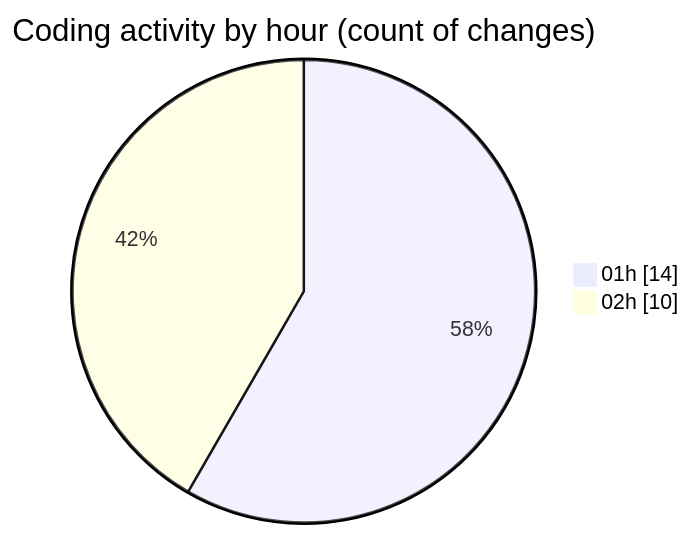
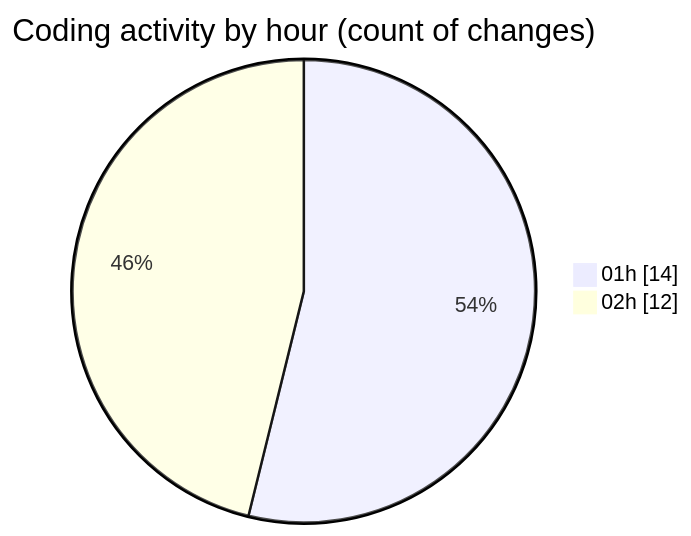
The second of 2 diagrams in 2025-07-13/telebot/README.md (jrari/code-tracking), drawn with Mermaid before and after one commit. The commit also changed other lines of this file and 1 other file, not shown here.

````diff
--- a/2025-07-13/telebot/README.md
+++ b/2025-07-13/telebot/README.md
@@ -43,6 +44,6 @@
 ```mermaid
 pie showData
 title Coding activity by hour (count of changes)
 "01h" : 14
-"02h" : 10
+"02h" : 12
 ```
````
